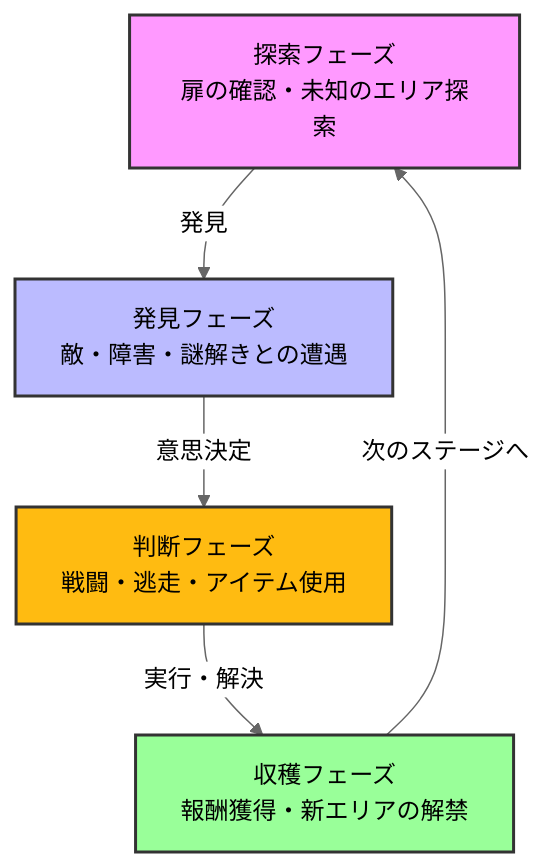
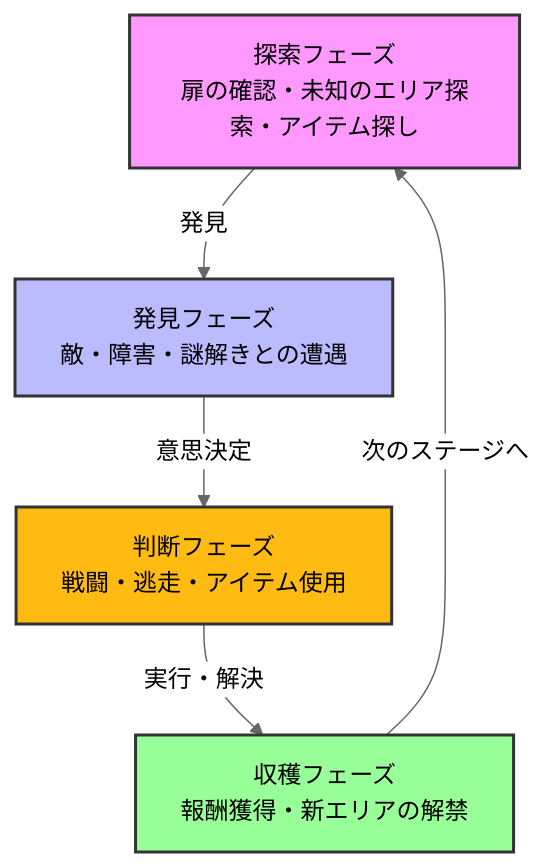
One commit to fluffyralsei/my_portfolio changed the first of 2 diagrams in game_analysis/BIOHAZARD RE2/BIOHAZARD RE2.md. Above: the diagram before and after it, drawn with Mermaid. The commit also changed other lines of this file, not shown here.

````diff
--- a/game_analysis/BIOHAZARD RE2/BIOHAZARD RE2.md
+++ b/game_analysis/BIOHAZARD RE2/BIOHAZARD RE2.md
@@ -34,24 +28,24 @@
 ```mermaid
 ---
 config:
   theme: neutral
 ---
 flowchart TD
     %% ノードの定義
-    A["探索フェーズ<br/>扉の確認・未知のエリア探索"]
+    A["探索フェーズ<br/>扉の確認・未知のエリア探索・アイテム探し"]
     B["発見フェーズ<br/>敵・障害・謎解きとの遭遇"]
     C["判断フェーズ<br/>戦闘・逃走・アイテム使用"]
     D["収穫フェーズ<br/>報酬獲得・新エリアの解禁"]
 
     %% 流れの定義
     A -->|"発見"| B
     B -->|"意思決定"| C
     C -->|"実行・解決"| D
     D -->|"次のステージへ"| A
 
     %% スタイルの調整
     style A fill:#f9f,stroke:#333,stroke-width:2px
     style B fill:#bbf,stroke:#333,stroke-width:2px
     style C fill:#fb1,stroke:#333,stroke-width:2px
     style D fill:#9f9,stroke:#333,stroke-width:2px
 ```
````
